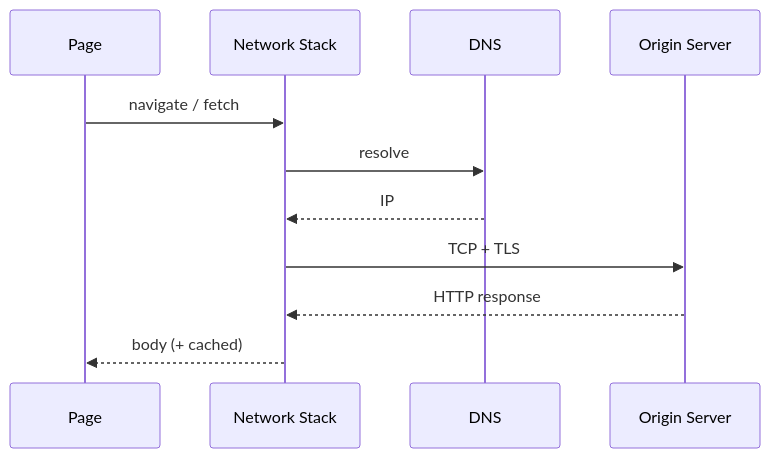
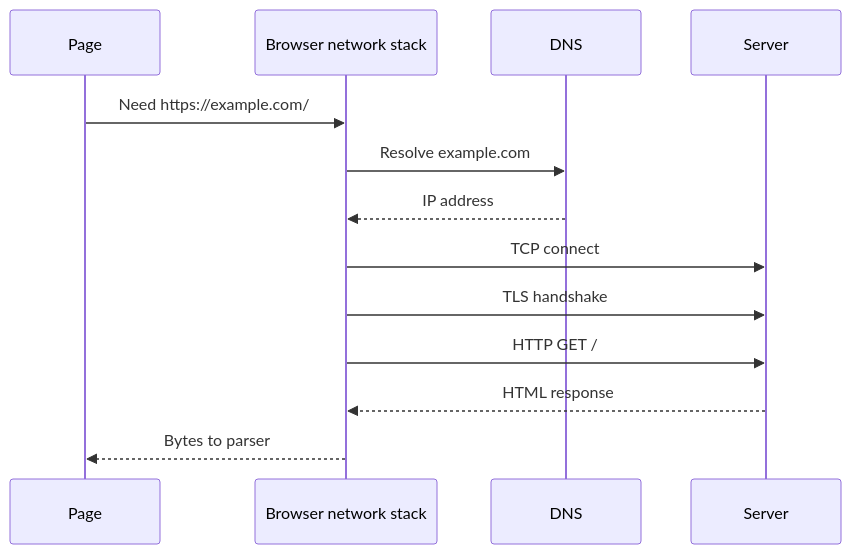
The first of 8 diagrams in docs/browser/05-networking.md (prajjwaljogdand/FullstackPreparation), drawn with Mermaid before and after one commit. The commit also changed other lines of this file and 91 other files, not shown here.

````diff
--- a/docs/browser/05-networking.md
+++ b/docs/browser/05-networking.md
@@ -9,13 +20,15 @@
 ```mermaid
 sequenceDiagram
-  participant P as Page
-  participant Net as Network Stack
+  participant Page
+  participant Net as Browser network stack
   participant DNS
-  participant Origin as Origin Server
-  P->>Net: navigate / fetch
-  Net->>DNS: resolve
-  DNS-->>Net: IP
-  Net->>Origin: TCP + TLS
-  Origin-->>Net: HTTP response
-  Net-->>P: body (+ cached)
+  participant Server
+  Page->>Net: Need https://example.com/
+  Net->>DNS: Resolve example.com
+  DNS-->>Net: IP address
+  Net->>Server: TCP connect
+  Net->>Server: TLS handshake
+  Net->>Server: HTTP GET /
+  Server-->>Net: HTML response
+  Net-->>Page: Bytes to parser
 ```
````
